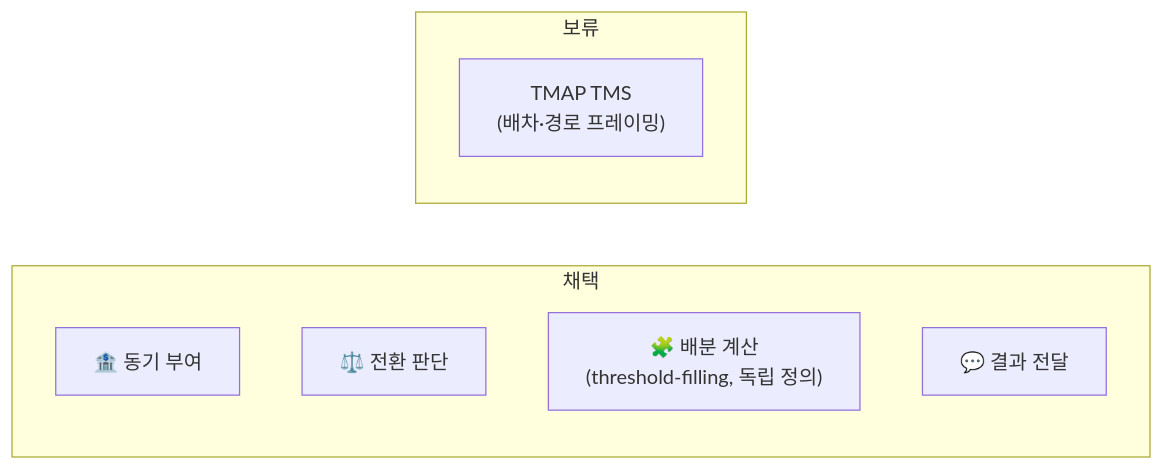
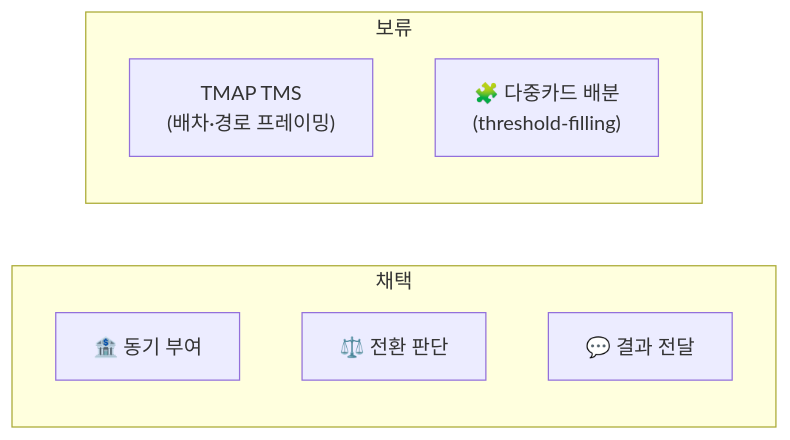
One commit to jennie-brain/team-project_2nd changed the third of 3 diagrams in 윤정/0819_메커니즘_전이_분석표.md. Above: the diagram before and after it, drawn with Mermaid. The commit also changed other lines of this file and 1 other file, not shown here.

First line of the commit message:
Re-hold multi-card allocation (threshold-filling) alongside TMAP TMS

````diff
--- a/윤정/0819_메커니즘_전이_분석표.md
+++ b/윤정/0819_메커니즘_전이_분석표.md
@@ -222,14 +221,14 @@
 ```mermaid
 flowchart LR
     subgraph 채택
         direction TB
         L1["🏦 동기 부여"]
         L2["⚖️ 전환 판단"]
-        L3["🧩 배분 계산<br/>(threshold-filling, 독립 정의)"]
         L4["💬 결과 전달"]
     end
     subgraph 보류
         direction TB
         X1["TMAP TMS<br/>(배차·경로 프레이밍)"]
+        X2["🧩 다중카드 배분<br/>(threshold-filling)"]
     end
 ```
````
